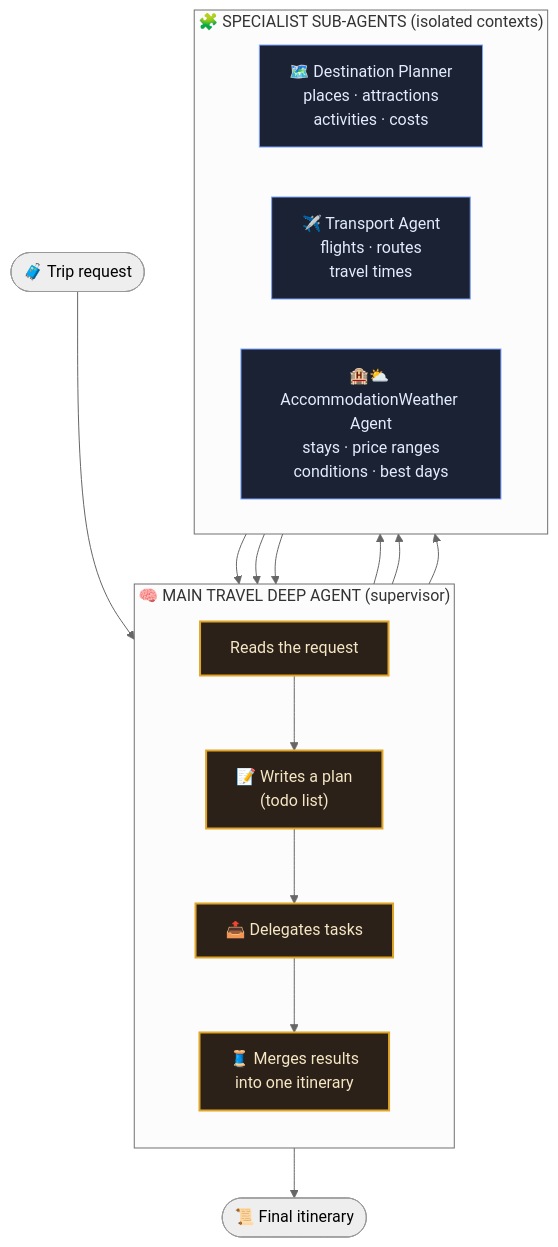
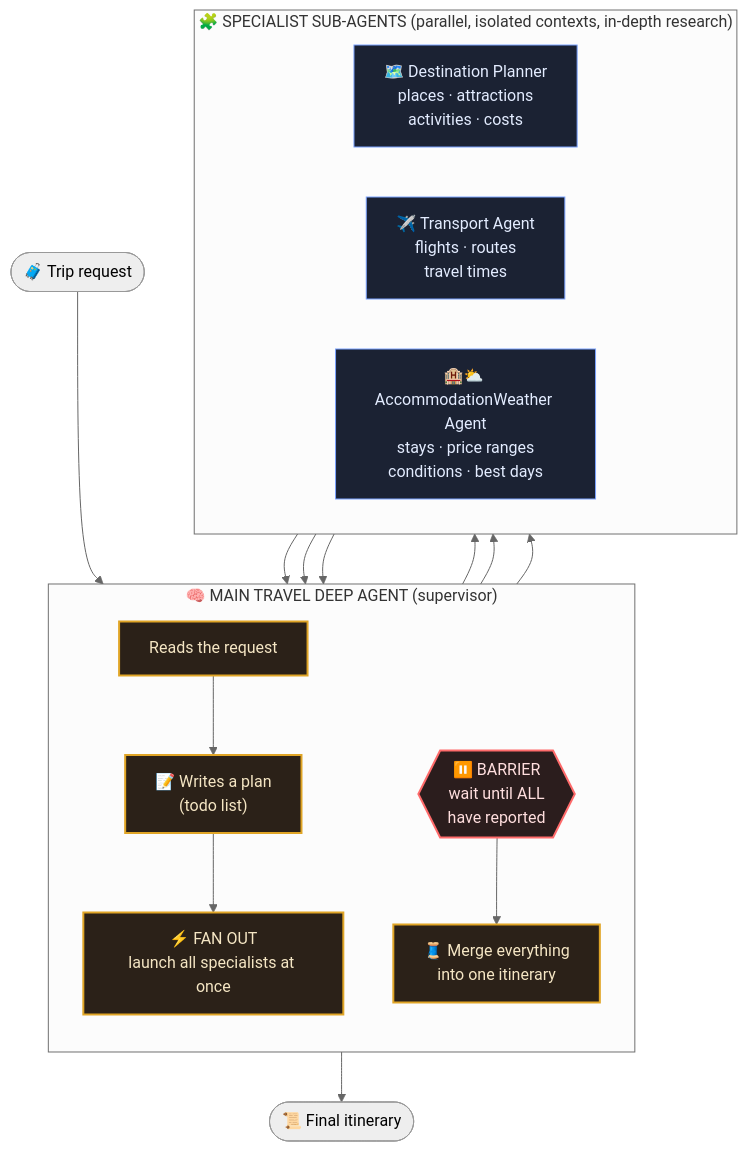
Before and after one commit to yadavnitesh86/Waynora: the second of 6 diagrams in README.md, drawn with Mermaid (neutral theme). The commit also changed other lines of this file, not shown here.

````diff
--- a/README.md
+++ b/README.md
@@ -84,32 +85,34 @@
 ```mermaid
 flowchart TD
     USER(["🧳 Trip request"]) --> MAIN
 
     subgraph BRAIN ["🧠 MAIN TRAVEL DEEP AGENT (supervisor)"]
         direction TB
         MAIN["Reads the request"] --> PLAN["📝 Writes a plan<br/>(todo list)"]
-        PLAN --> DELEGATE["📤 Delegates tasks"]
-        DELEGATE --> MERGE["🧵 Merges results<br/>into one itinerary"]
+        PLAN --> FAN["⚡ FAN OUT<br/>launch all specialists at once"]
+        BAR{{"⏸️ BARRIER<br/>wait until ALL<br/>have reported"}} --> MERGE["🧵 Merge everything<br/>into one itinerary"]
     end
 
-    DELEGATE --> D
-    DELEGATE --> T
-    DELEGATE --> AW
+    FAN --> D
+    FAN --> T
+    FAN --> AW
 
-    subgraph TEAM ["🧩 SPECIALIST SUB-AGENTS (isolated contexts)"]
+    subgraph TEAM ["🧩 SPECIALIST SUB-AGENTS (parallel, isolated contexts, in-depth research)"]
         direction LR
         D["🗺️ Destination Planner<br/>places · attractions<br/>activities · costs"]
         T["✈️ Transport Agent<br/>flights · routes<br/>travel times"]
         AW["🏨⛅ AccommodationWeather Agent<br/>stays · price ranges<br/>conditions · best days"]
     end
 
-    D --> MERGE
-    T --> MERGE
-    AW --> MERGE
+    D --> BAR
+    T --> BAR
+    AW --> BAR
     MERGE --> OUT(["📜 Final itinerary"])
 
     classDef sup fill:#2b2118,stroke:#e0a526,color:#f5e6c4,stroke-width:2px;
     classDef sub fill:#1b2233,stroke:#7aa2ff,color:#e3ecff;
-    class MAIN,PLAN,DELEGATE,MERGE sup;
+    classDef gate fill:#2b1d1d,stroke:#ff6b6b,color:#ffdede,stroke-width:2px;
+    class MAIN,PLAN,FAN,MERGE sup;
     class D,T,AW sub;
+    class BAR gate;
 ```
````
